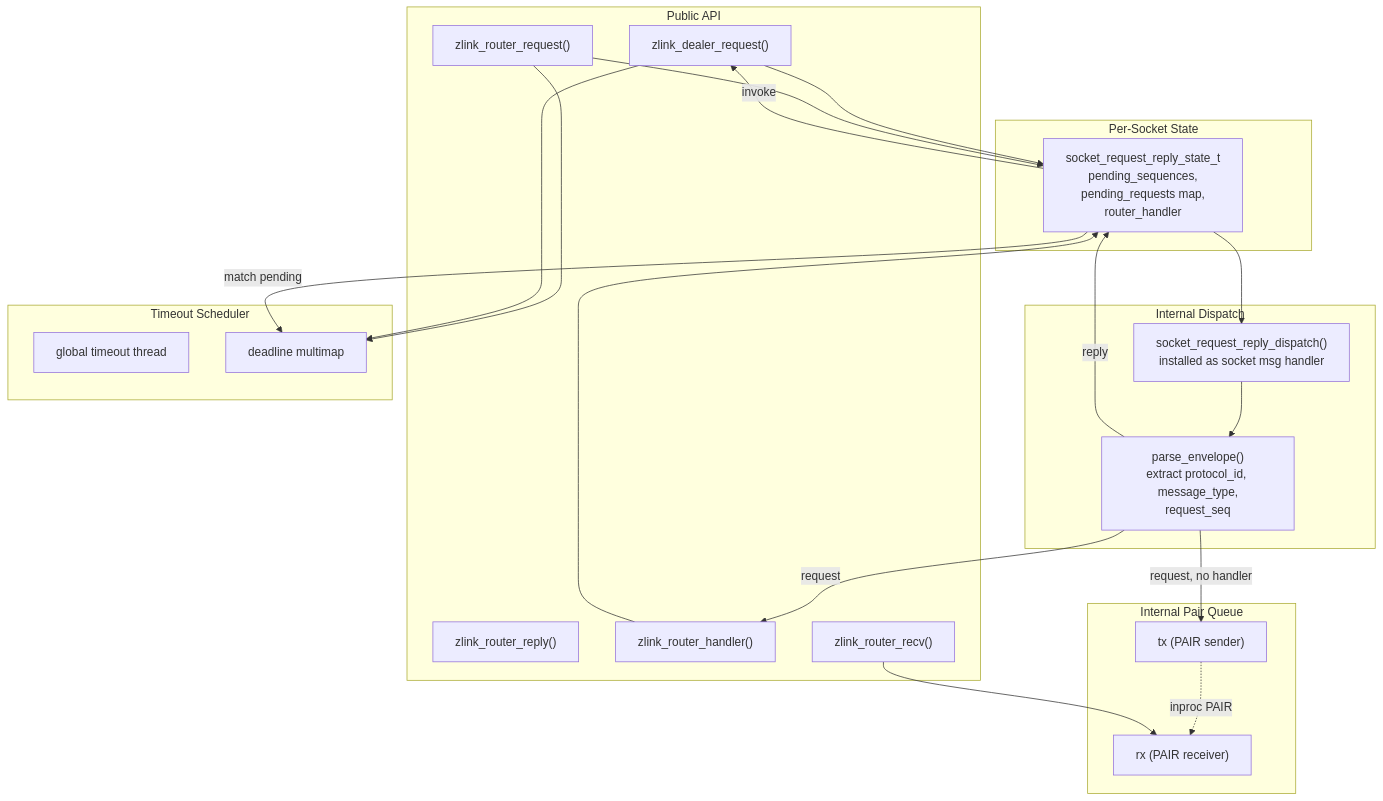
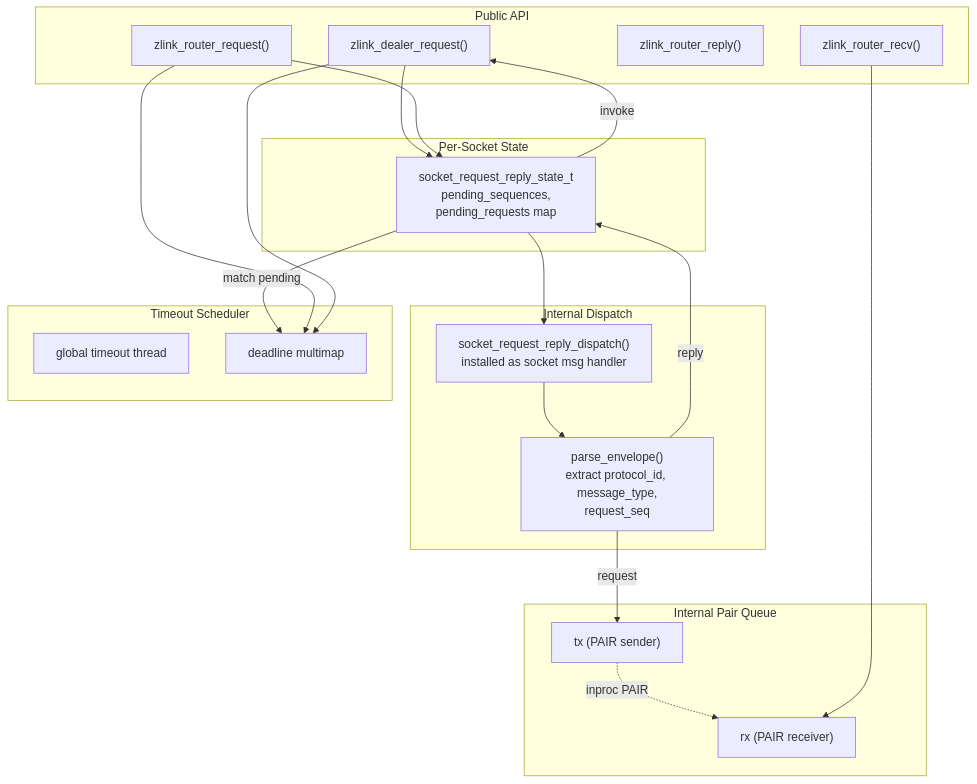
Before and after one commit to kairos-code-dev/zlink: the eighth of 14 diagrams in doc/internals/services-internals.md, drawn with Mermaid. The commit also changed other lines of this file and 154 other files, not shown here.

Commit message:
Refactor recv and service attachment flows

````diff
--- a/doc/internals/services-internals.md
+++ b/doc/internals/services-internals.md
@@ -451,47 +451,44 @@
 ```mermaid
 flowchart TB
     subgraph PublicAPI["Public API"]
         dealer_req["zlink_dealer_request()"]
         router_req["zlink_router_request()"]
         router_reply["zlink_router_reply()"]
-        router_handler["zlink_router_handler()"]
         router_recv["zlink_router_recv()"]
     end
 
     subgraph State["Per-Socket State"]
-        rr_state["socket_request_reply_state_t<br/>pending_sequences,<br/>pending_requests map,<br/>router_handler"]
+        rr_state["socket_request_reply_state_t<br/>pending_sequences,<br/>pending_requests map"]
     end
 
     subgraph Dispatch["Internal Dispatch"]
         msg_dispatch["socket_request_reply_dispatch()<br/>installed as socket msg handler"]
         envelope_parse["parse_envelope()<br/>extract protocol_id, message_type,<br/>request_seq"]
     end
 
     subgraph Queue["Internal Pair Queue"]
         tx["tx (PAIR sender)"]
         rx["rx (PAIR receiver)"]
     end
 
     subgraph Scheduler["Timeout Scheduler"]
         timeout_thread["global timeout thread"]
         timeout_schedule["deadline multimap"]
     end
 
     dealer_req --> rr_state
     router_req --> rr_state
-    router_handler --> rr_state
     rr_state --> msg_dispatch
     msg_dispatch --> envelope_parse
 
-    envelope_parse -->|request| router_handler
-    envelope_parse -->|request, no handler| tx
+    envelope_parse -->|request| tx
     tx -.->|inproc PAIR| rx
     router_recv --> rx
 
     envelope_parse -->|reply| rr_state
     rr_state -->|match pending| timeout_schedule
     rr_state -->|invoke| dealer_req
 
     router_req --> timeout_schedule
     dealer_req --> timeout_schedule
 ```
````
